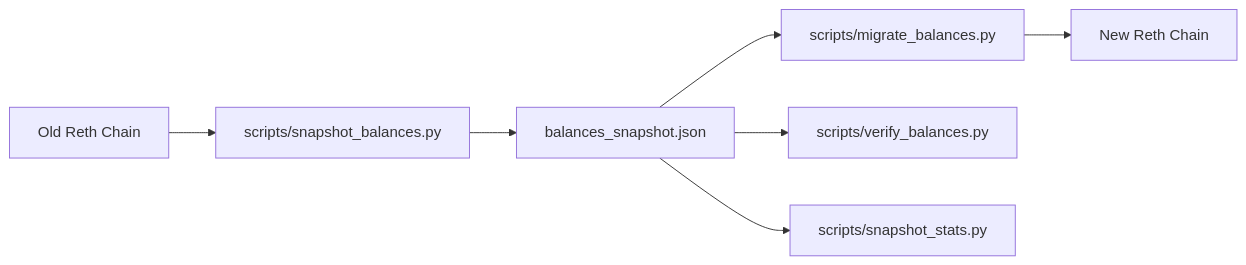
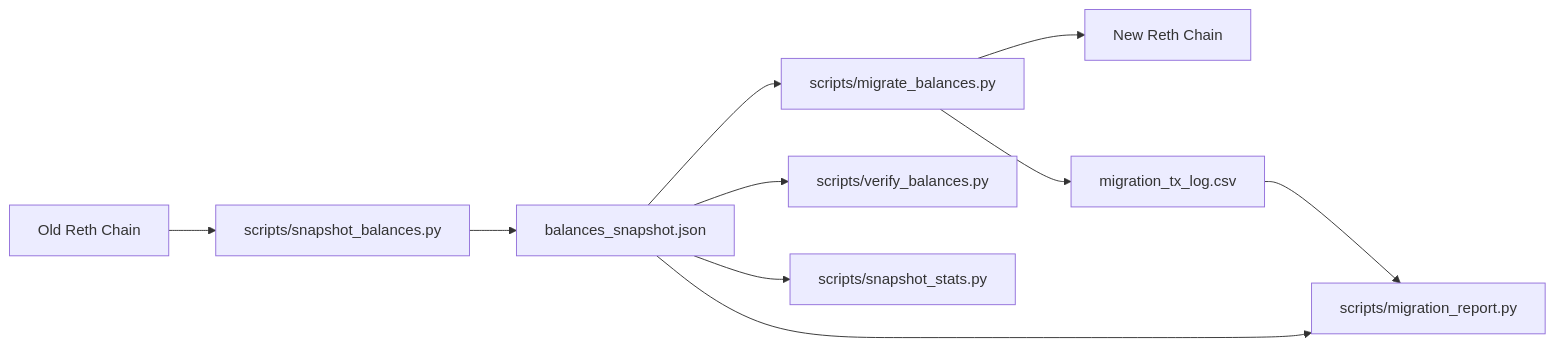
Before and after one commit to SyedMuhamadYasir/reth_pos_migration: the diagram in README.md, drawn with Mermaid. The commit also changed other lines of this file and 2 other files, not shown here.

Commit message:
Add migration tx CSV audit logging and offline report generator

````diff
--- a/README.md
+++ b/README.md
@@ -26,9 +26,12 @@
 ```mermaid
 flowchart LR
     A["Old Reth Chain"] --> B["scripts/snapshot_balances.py"]
     B --> C["balances_snapshot.json"]
     C --> D["scripts/migrate_balances.py"]
     D --> E["New Reth Chain"]
+    D --> H["migration_tx_log.csv"]
     C --> F["scripts/verify_balances.py"]
     C --> G["scripts/snapshot_stats.py"]
+    C --> I["scripts/migration_report.py"]
+    H --> I
 ```
````
